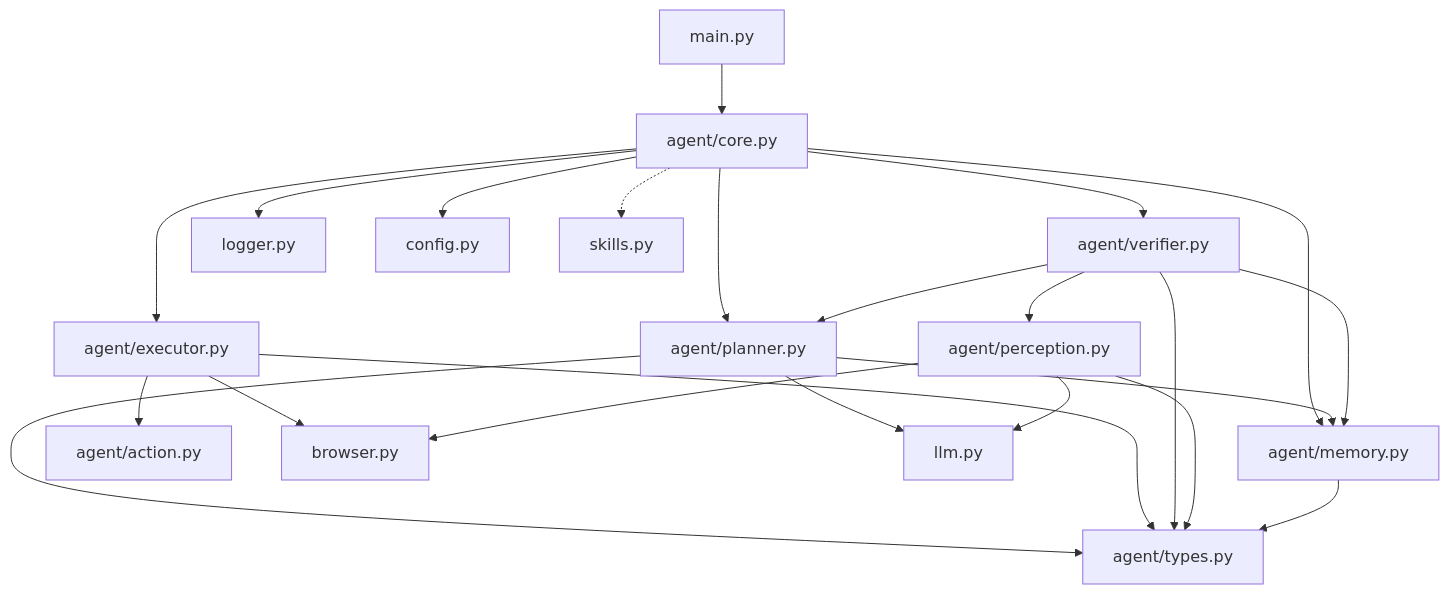
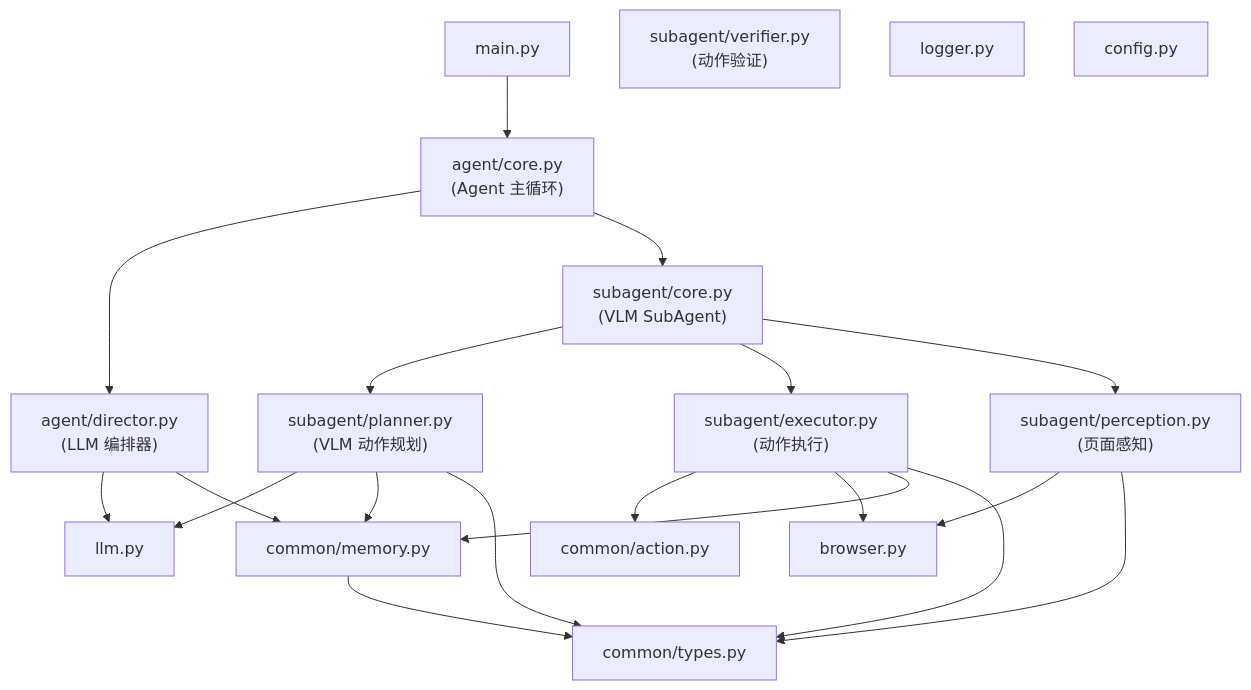
One commit to uniqueHRX/ClassicWebAgent changed the diagram in docs/design.md. Above: the diagram before and after it, drawn with Mermaid. The commit also changed other lines of this file and 2 other files, not shown here.

````diff
--- a/docs/design.md
+++ b/docs/design.md
@@ -106,46 +89,41 @@
 ```mermaid
 graph TD
-    CLI[main.py]
-    CORE[agent/core.py]
-    MEM[agent/memory.py]
-    ACT[agent/action.py]
-    PL[agent/planner.py]
-    EX[agent/executor.py]
-    VE[agent/verifier.py]
-    PER[agent/perception.py]
-    TYP[agent/types.py]
+    MAIN[main.py]
+    AGENT["agent/core.py<br/>(Agent 主循环)"]
+    DIR["agent/director.py<br/>(LLM 编排器)"]
+    SUB["subagent/core.py<br/>(VLM SubAgent)"]
+    SPL["subagent/planner.py<br/>(VLM 动作规划)"]
+    SEX["subagent/executor.py<br/>(动作执行)"]
+    SPE["subagent/perception.py<br/>(页面感知)"]
+    SVER["subagent/verifier.py<br/>(动作验证)"]
+    MEM[common/memory.py]
+    ACT[common/action.py]
+    TYP[common/types.py]
     BR[browser.py]
     LLM[llm.py]
     LOG[logger.py]
     CFG[config.py]
-    SKL[skills.py]
 
-    CLI --> CORE
-    CORE --> PL
-    CORE --> EX
-    CORE --> VE
-    CORE --> MEM
-    CORE --> CFG
-    CORE --> LOG
+    MAIN --> AGENT
+    AGENT --> DIR
+    AGENT --> SUB
 
-    PL --> LLM
-    PL --> MEM
-    PL --> TYP
+    SUB --> SPL
+    SUB --> SEX
+    SUB --> SPE
 
-    EX --> ACT
-    EX --> BR
-    EX --> TYP
+    SPL --> LLM
+    SPL --> MEM
+    SPL --> TYP
+    SEX --> ACT
+    SEX --> BR
+    SEX --> MEM
+    SEX --> TYP
+    SPE --> BR
+    SPE --> TYP
 
-    VE --> MEM
-    VE --> PL
-    VE --> PER
-    VE --> TYP
-
-    PER --> LLM
-    PER --> BR
-    PER --> TYP
+    DIR --> LLM
+    DIR --> MEM
 
     MEM --> TYP
-
-    CORE -.-> SKL
 ```
````
